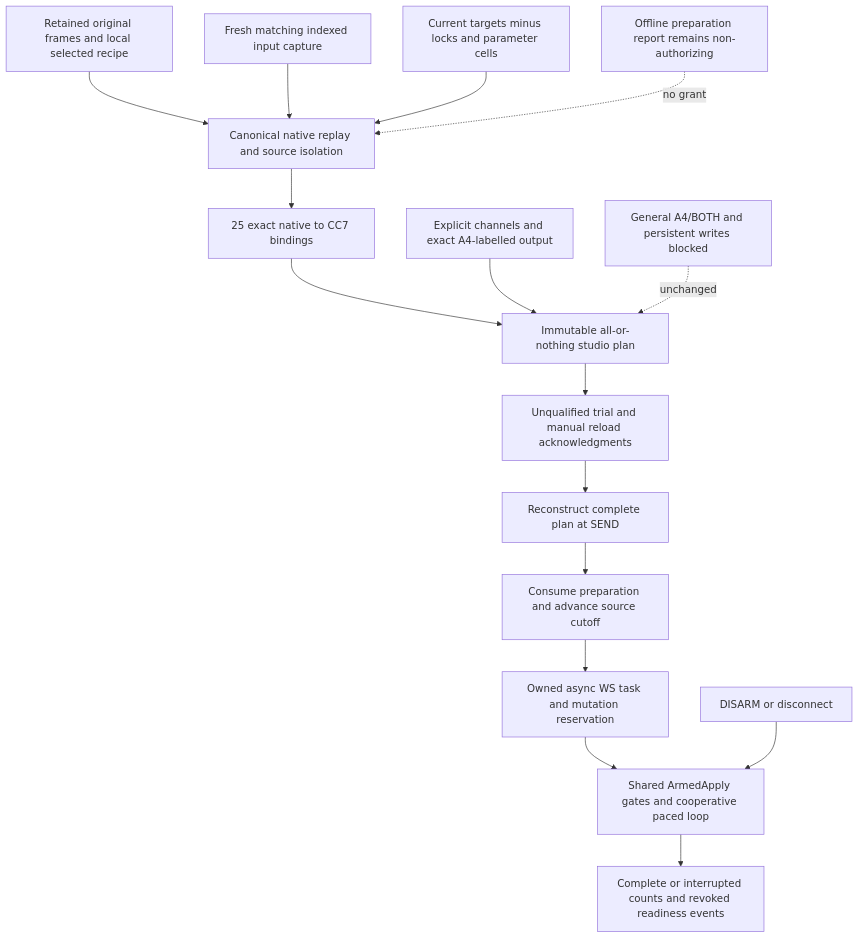
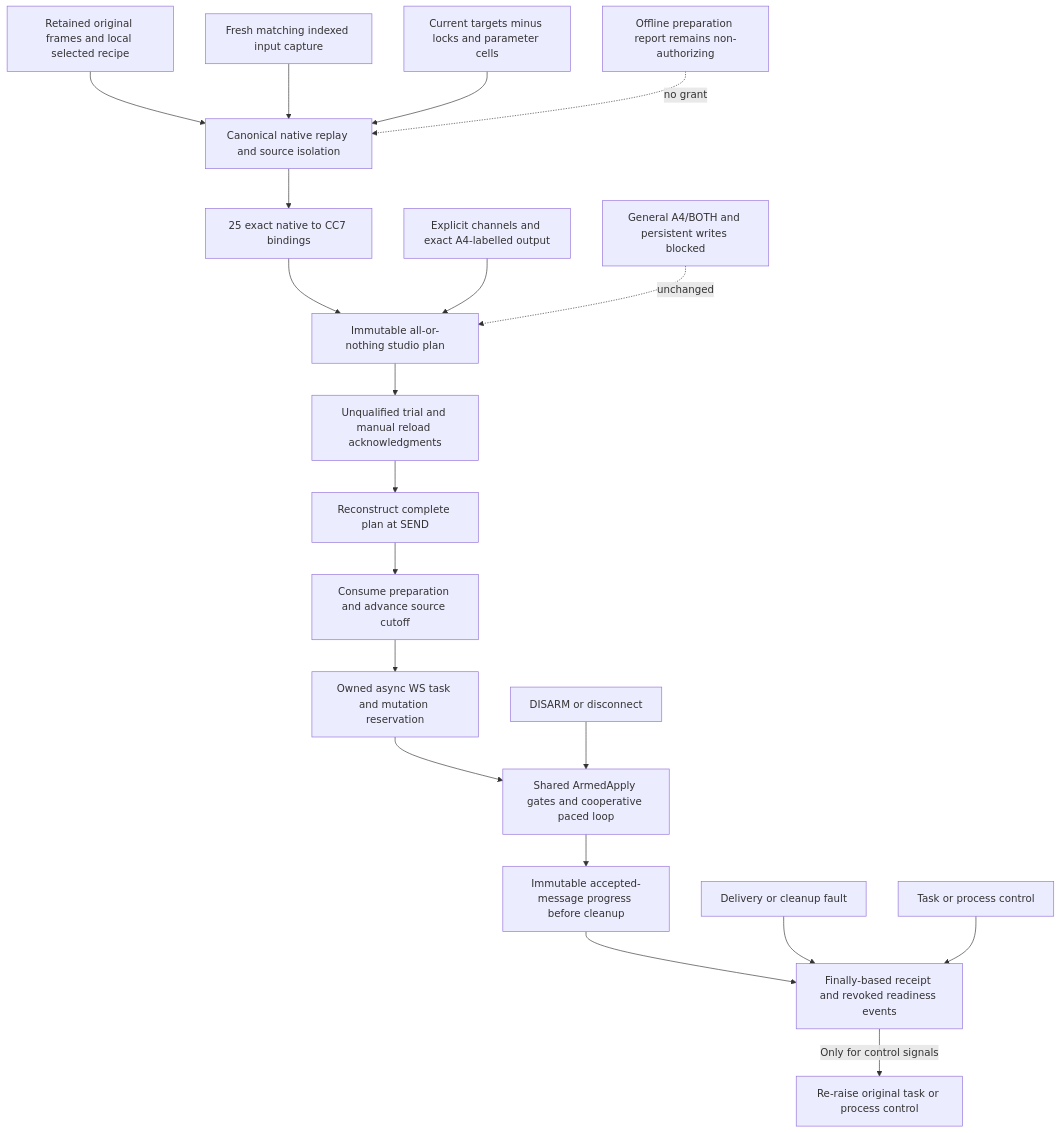
Diagram 42 of 42 in docs/ARCHITECTURE_DIAGRAMS.md (buzzijose-hub/RytmRandomizer), drawn with Mermaid before and after one commit. The commit also changed 7 other files, not shown here.

````diff
--- a/docs/ARCHITECTURE_DIAGRAMS.md
+++ b/docs/ARCHITECTURE_DIAGRAMS.md
@@ -3562,18 +3562,22 @@
 ```mermaid
 flowchart TD
     Sources[Retained original frames and local selected recipe] --> Verify[Canonical native replay and source isolation]
     Capture[Fresh matching indexed input capture] --> Verify
     Scope[Current targets minus locks and parameter cells] --> Verify
     Verify --> Scalars[25 exact native to CC7 bindings]
     Scalars --> Plan[Immutable all-or-nothing studio plan]
     Routing[Explicit channels and exact A4-labelled output] --> Plan
     Plan --> Confirm[Unqualified trial and manual reload acknowledgments]
     Confirm --> Recheck[Reconstruct complete plan at SEND]
     Recheck --> Consume[Consume preparation and advance source cutoff]
     Consume --> Task[Owned async WS task and mutation reservation]
     Task --> Armed[Shared ArmedApply gates and cooperative paced loop]
     Disarm[DISARM or disconnect] --> Armed
-    Armed --> Receipt[Complete or interrupted counts and revoked readiness events]
+    Armed --> Progress[Immutable accepted-message progress before cleanup]
+    Progress --> Receipt[Finally-based receipt and revoked readiness events]
+    Fault[Delivery or cleanup fault] --> Receipt
+    Control[Task or process control] --> Receipt
+    Receipt -->|Only for control signals| Propagate[Re-raise original task or process control]
     Holds[General A4/BOTH and persistent writes blocked] -. unchanged .-> Plan
     Offline[Offline preparation report remains non-authorizing] -. no grant .-> Verify
 ```
````
